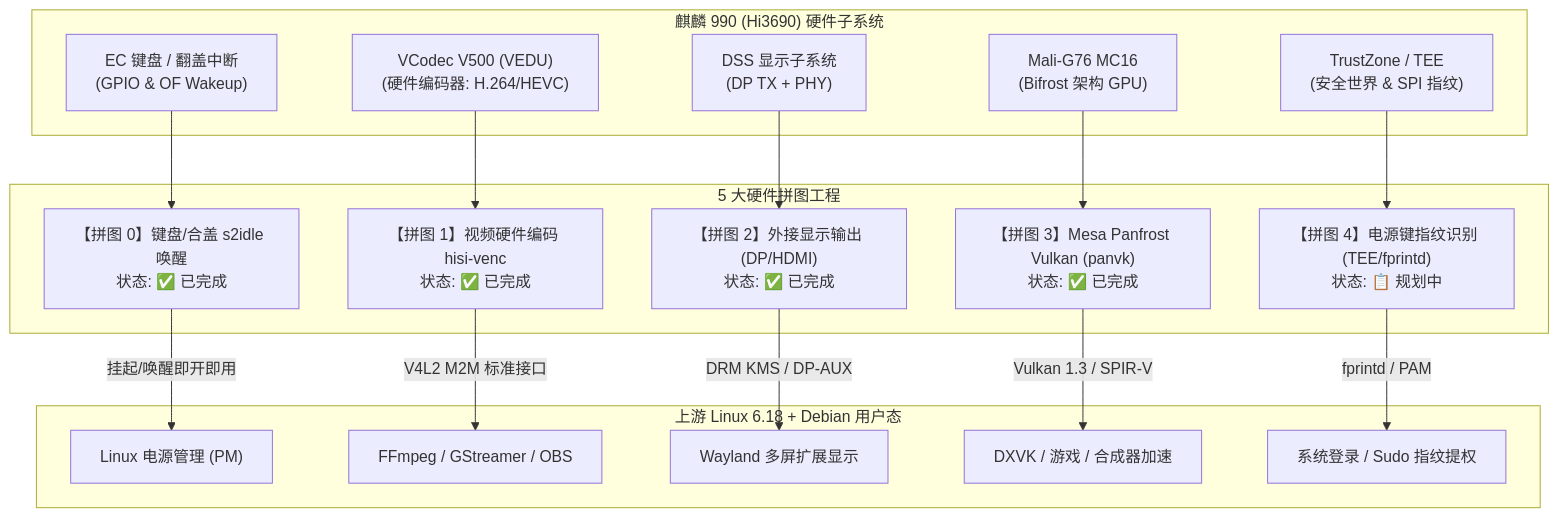
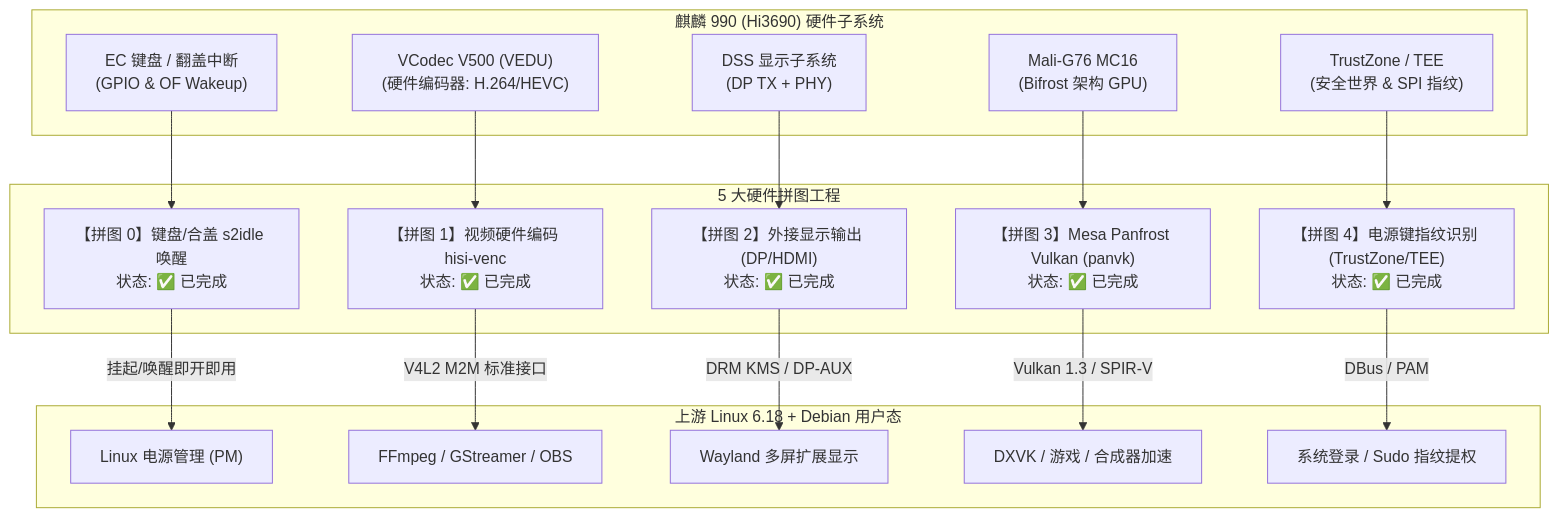
The first of 2 diagrams in docs/puzzles-roadmap.md (misaka-imouto/l410-mainline), drawn with Mermaid before and after one commit. The commit also changed other lines of this file and 9 other files, not shown here.

````diff
--- a/docs/puzzles-roadmap.md
+++ b/docs/puzzles-roadmap.md
@@ -11,32 +11,32 @@
 ```mermaid
 flowchart TD
     subgraph SoC["麒麟 990 (Hi3690) 硬件子系统"]
         KBD["EC 键盘 / 翻盖中断\n(GPIO & OF Wakeup)"]
         VEDU["VCodec V500 (VEDU)\n(硬件编码器: H.264/HEVC)"]
         DSS["DSS 显示子系统\n(DP TX + PHY)"]
         GPU["Mali-G76 MC16\n(Bifrost 架构 GPU)"]
         TEE["TrustZone / TEE\n(安全世界 & SPI 指纹)"]
     end
 
     subgraph Puzzles["5 大硬件拼图工程"]
         P0["【拼图 0】键盘/合盖 s2idle 唤醒\n状态: ✅ 已完成"]
         P1["【拼图 1】视频硬件编码 hisi-venc\n状态: ✅ 已完成"]
         P2["【拼图 2】外接显示输出 (DP/HDMI)\n状态: ✅ 已完成"]
         P3["【拼图 3】Mesa Panfrost Vulkan (panvk)\n状态: ✅ 已完成"]
-        P4["【拼图 4】电源键指纹识别 (TEE/fprintd)\n状态: 📋 规划中"]
+        P4["【拼图 4】电源键指纹识别 (TrustZone/TEE)\n状态: ✅ 已完成"]
     end
 
     KBD --> P0
     VEDU --> P1
     DSS --> P2
     GPU --> P3
     TEE --> P4
 
     subgraph OS["上游 Linux 6.18 + Debian 用户态"]
         P0 --> |"挂起/唤醒即开即用"| Power["Linux 电源管理 (PM)"]
         P1 --> |"V4L2 M2M 标准接口"| Media["FFmpeg / GStreamer / OBS"]
         P2 --> |"DRM KMS / DP-AUX"| Display["Wayland 多屏扩展显示"]
         P3 --> |"Vulkan 1.3 / SPIR-V"| Graphics["DXVK / 游戏 / 合成器加速"]
-        P4 --> |"fprintd / PAM"| Auth["系统登录 / Sudo 指纹提权"]
+        P4 --> |"DBus / PAM"| Auth["系统登录 / Sudo 指纹提权"]
     end
 ```
````
